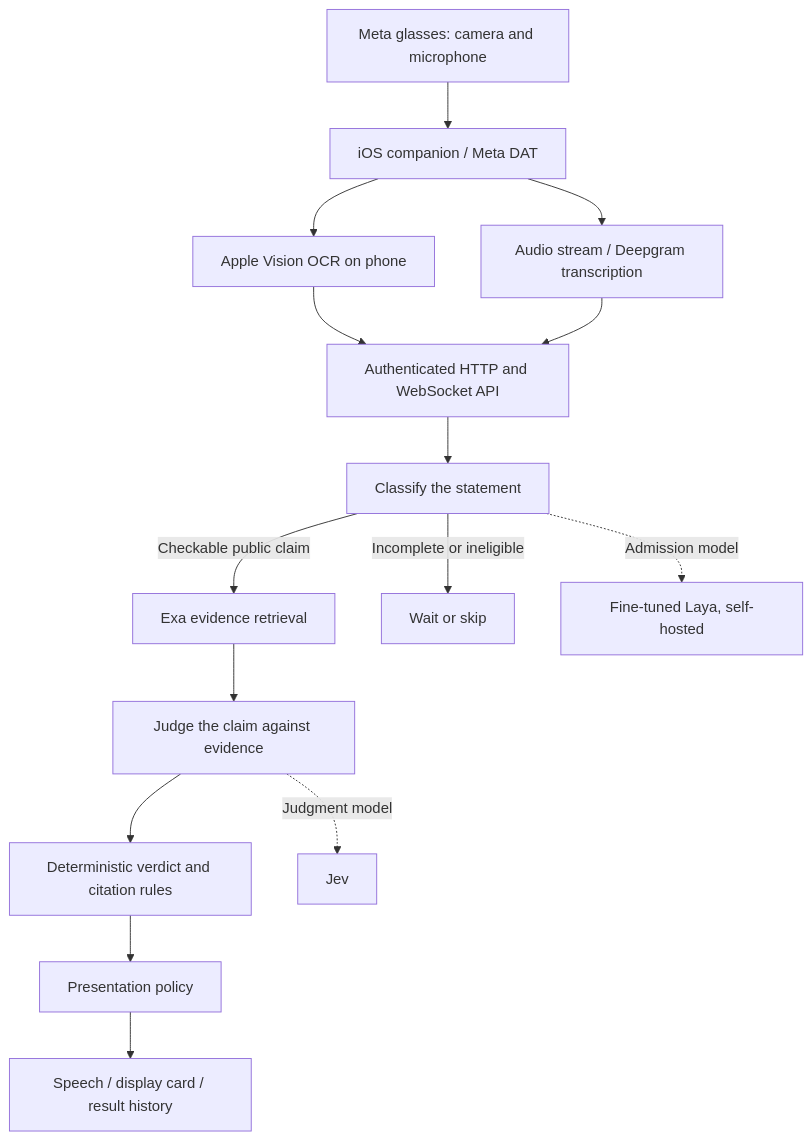
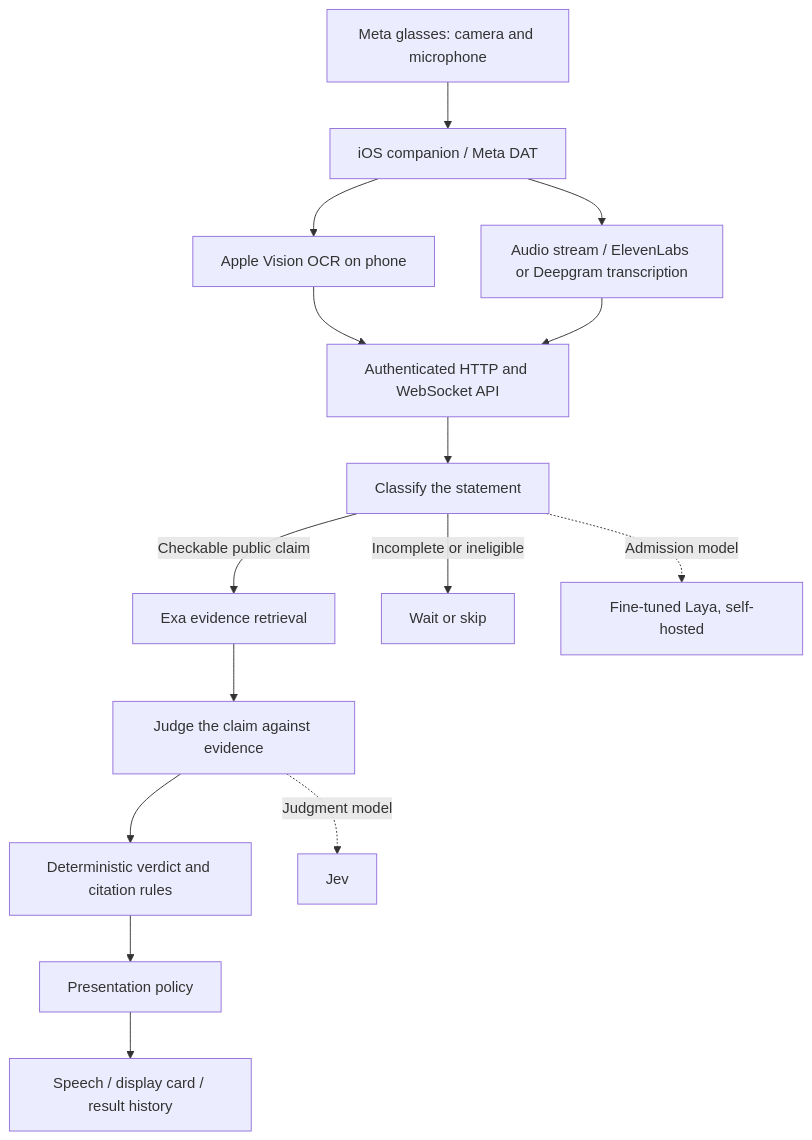
One commit to erick-dsnk/facto changed the diagram in README.md. Above: the diagram before and after it, drawn with Mermaid. The commit also changed other lines of this file and 3 other files, not shown here.

````diff
--- a/README.md
+++ b/README.md
@@ -54,17 +54,17 @@
 ```mermaid
 flowchart TD
     G[Meta glasses: camera and microphone] --> I[iOS companion / Meta DAT]
     I --> O[Apple Vision OCR on phone]
-    I --> A[Audio stream / Deepgram transcription]
+    I --> A[Audio stream / ElevenLabs or Deepgram transcription]
     O --> T[Authenticated HTTP and WebSocket API]
     A --> T
     T --> C[Classify the statement]
     C -->|Checkable public claim| E[Exa evidence retrieval]
     C -->|Incomplete or ineligible| W[Wait or skip]
     E --> J[Judge the claim against evidence]
     J --> V[Deterministic verdict and citation rules]
     V --> P[Presentation policy]
     P --> R[Speech / display card / result history]
     C -. Admission model .-> L[Fine-tuned Laya, self-hosted]
     J -. Judgment model .-> M[Jev]
 ```
````
